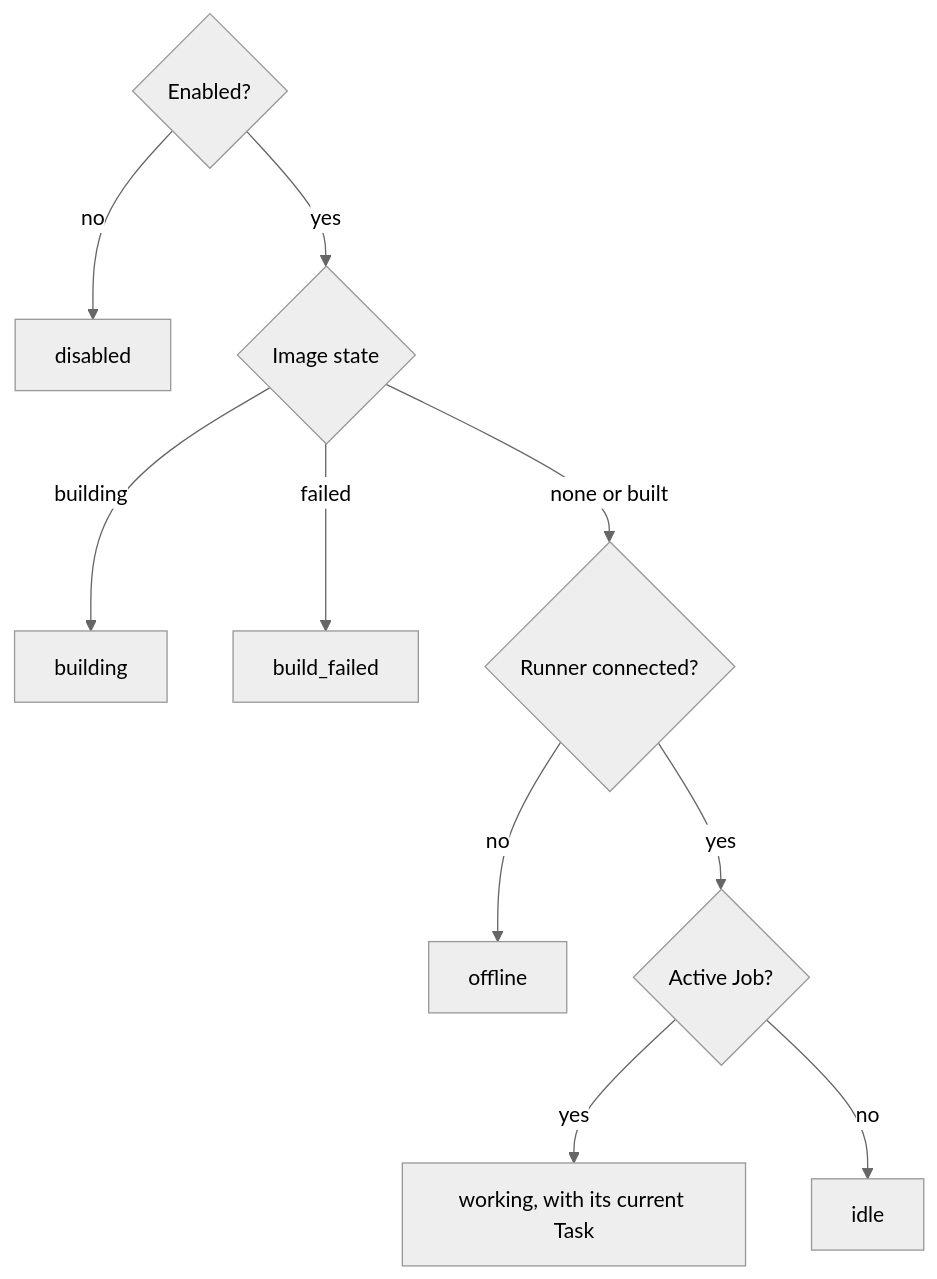
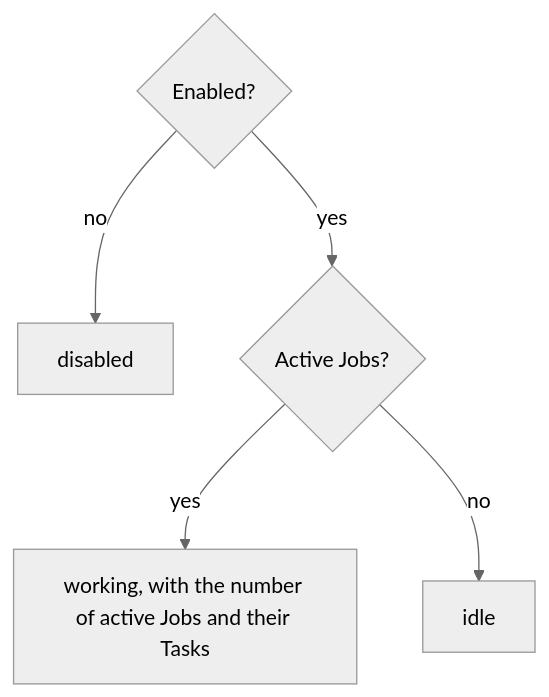
One commit to mceck/claude-task changed the first of 2 diagrams in docs/specs/agents.md. Above: the diagram before and after it, drawn with Mermaid (neutral theme). The commit also changed other lines of this file and 95 other files, not shown here.

````diff
--- a/docs/specs/agents.md
+++ b/docs/specs/agents.md
@@ -115,12 +105,7 @@
 ```mermaid
 flowchart TD
   A{Enabled?} -- no --> D[disabled]
-  A -- yes --> B{Image state}
-  B -- building --> BU[building]
-  B -- failed --> BF[build_failed]
-  B -- none or built --> C{Runner connected?}
-  C -- no --> O[offline]
-  C -- yes --> W{Active Job?}
-  W -- yes --> WO[working, with its current Task]
+  A -- yes --> W{Active Jobs?}
+  W -- yes --> WO[working, with the number of active Jobs and their Tasks]
   W -- no --> I[idle]
 ```
````
